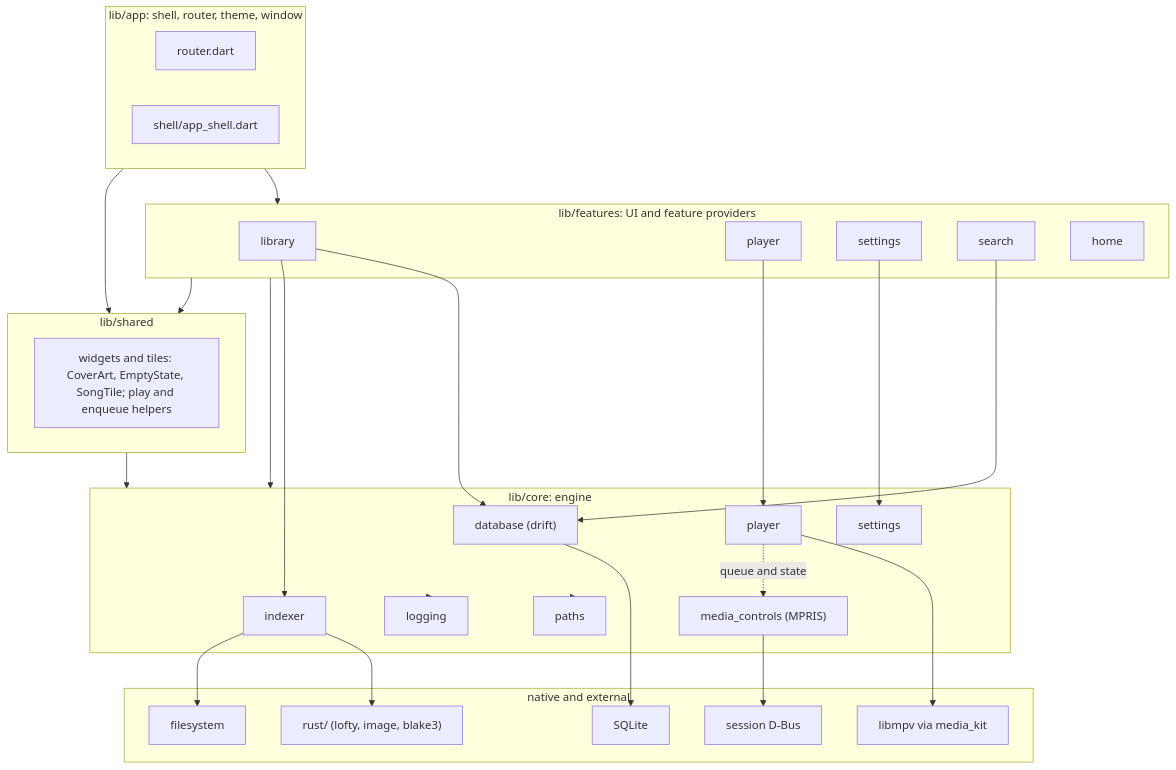
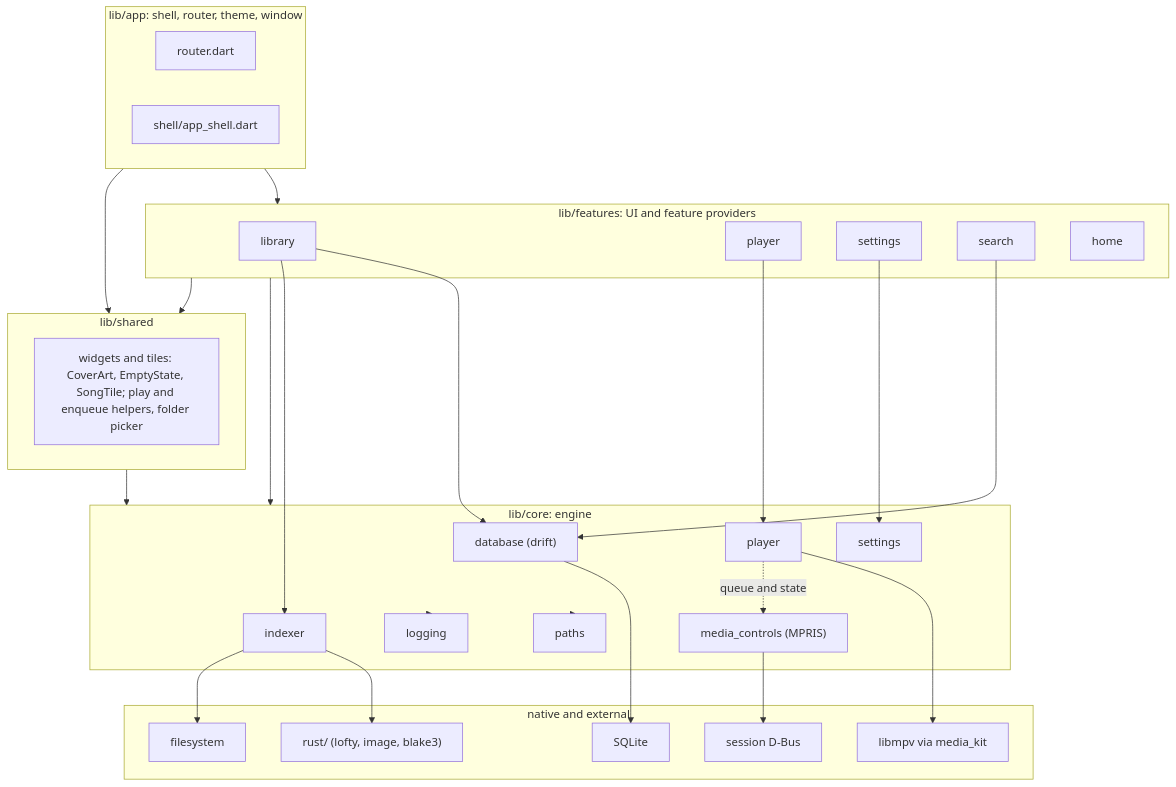
One commit to kanaru313/kanaru changed the first of 8 diagrams in docs/system-architecture.md. Above: the diagram before and after it, drawn with Mermaid. The commit also changed other lines of this file and 6 other files, not shown here.

````diff
--- a/docs/system-architecture.md
+++ b/docs/system-architecture.md
@@ -24,56 +24,56 @@
 ```mermaid
 flowchart TD
     subgraph APP ["lib/app: shell, router, theme, window"]
         Router["router.dart"]
         Shell["shell/app_shell.dart"]
     end
 
     subgraph FEAT ["lib/features: UI and feature providers"]
         Library["library"]
         Player["player"]
         Settings["settings"]
         Search["search"]
         Placeholders["home"]
     end
 
     subgraph SHARED ["lib/shared"]
-        Widgets["widgets and tiles: CoverArt, EmptyState, SongTile; play and enqueue helpers"]
+        Widgets["widgets and tiles: CoverArt, EmptyState, SongTile; play and enqueue helpers, folder picker"]
     end
 
     subgraph CORE ["lib/core: engine"]
         Database["database (drift)"]
         Indexer["indexer"]
         PlayerCore["player"]
         MediaCtl["media_controls (MPRIS)"]
         SettingsCore["settings"]
         Logging["logging"]
         Paths["paths"]
     end
 
     subgraph NATIVE ["native and external"]
         Rust["rust/ (lofty, image, blake3)"]
         Mpv["libmpv via media_kit"]
         Sqlite["SQLite"]
         DBus["session D-Bus"]
         FS["filesystem"]
     end
 
     APP --> FEAT
     APP --> SHARED
     FEAT --> CORE
     FEAT --> SHARED
     SHARED --> CORE
     Library --> Database
     Search --> Database
     Library --> Indexer
     Player --> PlayerCore
     Settings --> SettingsCore
     Indexer --> Rust
     Indexer --> FS
     Database --> Sqlite
     PlayerCore --> Mpv
     MediaCtl --> DBus
     PlayerCore -. "queue and state" .-> MediaCtl
     CORE --> Paths
     CORE --> Logging
 ```
````
